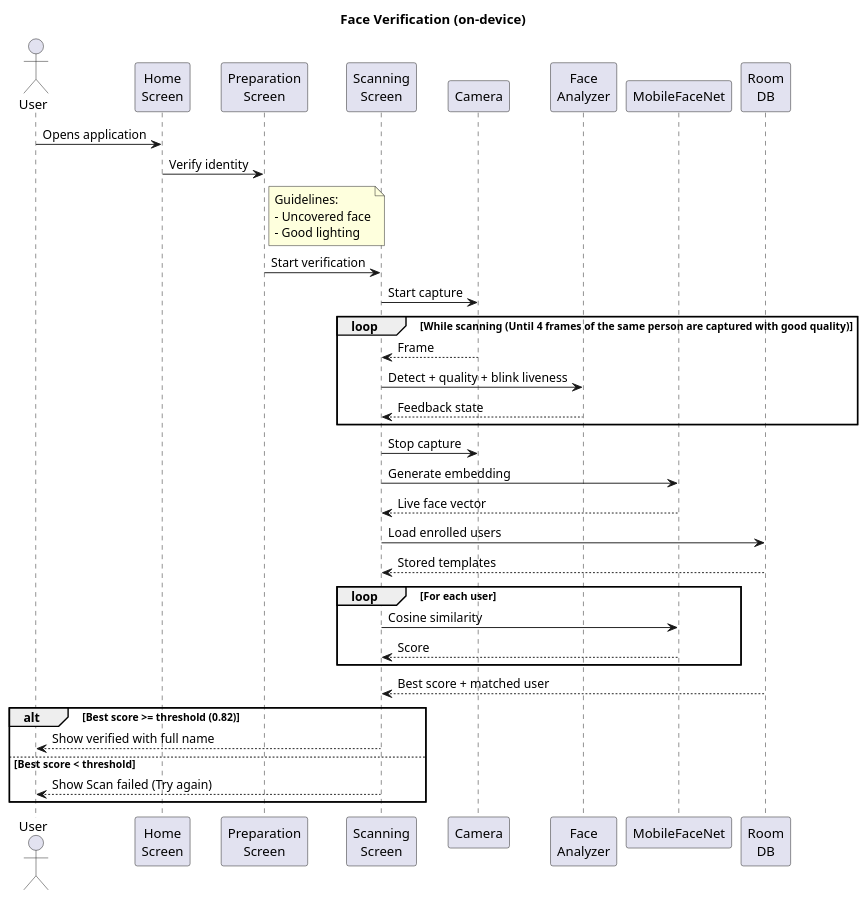
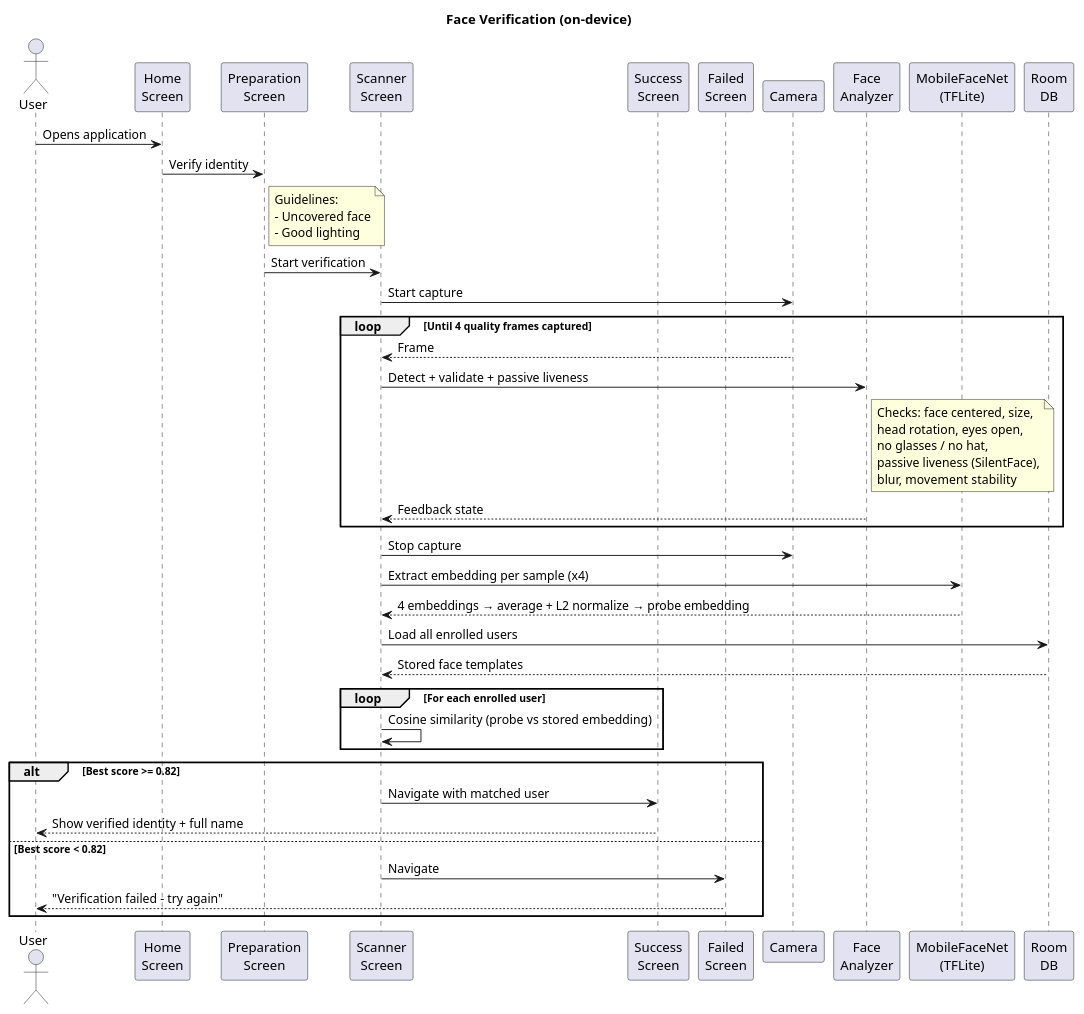
One commit to kyriakospetr/OpsisFaceRecognition changed the diagram in docs/uml/sequence/verify.puml. Above: the diagram before and after it, drawn with PlantUML. The commit also changed 8 other files, not shown here.

Commit message:
docs(uml): add and update PlantUML diagrams for thesis documentation

```diff
--- a/docs/uml/sequence/verify.puml
+++ b/docs/uml/sequence/verify.puml
@@ -1,50 +1,59 @@
 @startuml
 title Face Verification (on-device)
 
 actor User
 participant "Home\nScreen" as Home
 participant "Preparation\nScreen" as Prep
-participant "Scanning\nScreen" as Scan
+participant "Scanner\nScreen" as Scan
+participant "Success\nScreen" as Success
+participant "Failed\nScreen" as Failed
 participant "Camera" as Camera
 participant "Face\nAnalyzer" as Analyzer
-participant "MobileFaceNet" as FaceNet
+participant "MobileFaceNet\n(TFLite)" as FaceNet
 participant "Room\nDB" as DB
 
 User -> Home : Opens application
 Home -> Prep : Verify identity
 
 note right of Prep
-Guidelines:
-- Uncovered face
-- Good lighting
+  Guidelines:
+  - Uncovered face
+  - Good lighting
 end note
 
 Prep -> Scan : Start verification
-
 Scan -> Camera : Start capture
 
-loop While scanning (Until 4 frames of the same person are captured with good quality)
-Camera --> Scan : Frame
-Scan -> Analyzer : Detect + quality + blink liveness
-Analyzer --> Scan : Feedback state
+loop Until 4 quality frames captured
+  Camera --> Scan : Frame
+  Scan -> Analyzer : Detect + validate + passive liveness
+  note right of Analyzer
+    Checks: face centered, size,
+    head rotation, eyes open,
+    no glasses / no hat,
+    passive liveness (SilentFace),
+    blur, movement stability
+  end note
+  Analyzer --> Scan : Feedback state
 end
 
 Scan -> Camera : Stop capture
+Scan -> FaceNet : Extract embedding per sample (x4)
+FaceNet --> Scan : 4 embeddings → average + L2 normalize → probe embedding
 
-Scan -> FaceNet : Generate embedding
-FaceNet --> Scan : Live face vector
+Scan -> DB : Load all enrolled users
+DB --> Scan : Stored face templates
 
-Scan -> DB : Load enrolled users
-DB --> Scan : Stored templates
-loop For each user
-Scan -> FaceNet : Cosine similarity
-FaceNet --> Scan : Score
+loop For each enrolled user
+  Scan -> Scan : Cosine similarity (probe vs stored embedding)
 end
-DB --> Scan : Best score + matched user
 
-alt Best score >= threshold (0.82)
-Scan --> User : Show verified with full name
-else Best score < threshold
-Scan --> User : Show Scan failed (Try again)
+alt Best score >= 0.82
+  Scan -> Success : Navigate with matched user
+  Success --> User : Show verified identity + full name
+else Best score < 0.82
+  Scan -> Failed : Navigate
+  Failed --> User : "Verification failed – try again"
 end
+
 @enduml
```
